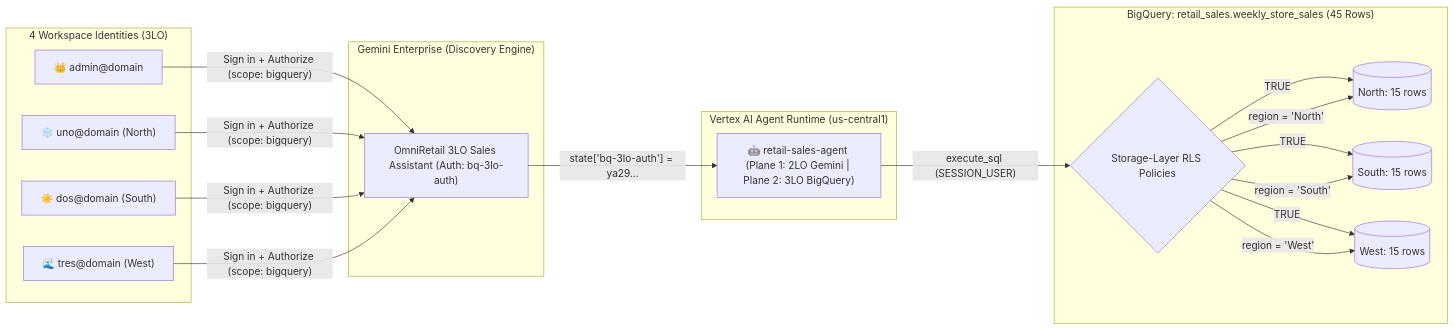
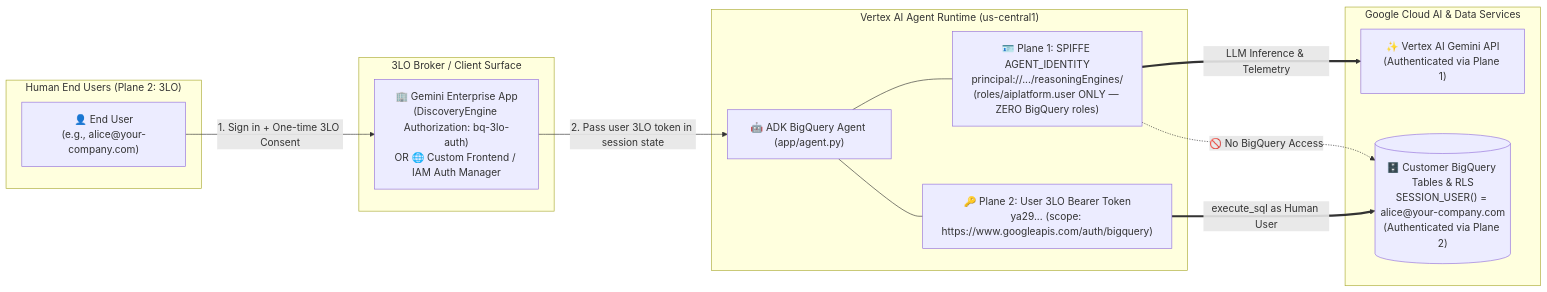
One commit to vphuloria-gcp-oce/bq_3LO changed the diagram in README.md. Above: the diagram before and after it, drawn with Mermaid. The commit also changed other lines of this file and 19 other files, not shown here.

Commit message:
feat: implement SPIFFE Agent Identity (AGENT_IDENTITY), dual-frontend 3LO, and split customer/CE docs

````diff
--- a/README.md
+++ b/README.md
@@ -22,32 +21,29 @@
 ```mermaid
 flowchart LR
-    subgraph Users["4 Workspace Identities (3LO)"]
-        Admin["👑 admin@domain"]
-        Uno["❄️ uno@domain (North)"]
-        Dos["☀️ dos@domain (South)"]
-        Tres["🌊 tres@domain (West)"]
+    subgraph Users["Human End Users (Plane 2: 3LO)"]
+        User["👤 End User\n(e.g., alice@your-company.com)"]
     end
 
-    subgraph GE["Gemini Enterprise (Discovery Engine)"]
-        UI["OmniRetail 3LO Sales Assistant (Auth: bq-3lo-auth)"]
+    subgraph Surfaces["3LO Broker / Client Surface"]
+        GE["🏢 Gemini Enterprise App\n(DiscoveryEngine Authorization: bq-3lo-auth)\nOR 🌐 Custom Frontend / IAM Auth Manager"]
     end
 
     subgraph Runtime["Vertex AI Agent Runtime (us-central1)"]
-        Agent["🤖 retail-sales-agent (Plane 1: 2LO Gemini | Plane 2: 3LO BigQuery)"]
+        Agent["🤖 ADK BigQuery Agent (app/agent.py)"]
+        P1["🪪 Plane 1: SPIFFE AGENT_IDENTITY\nprincipal://.../reasoningEngines/<ENGINE_ID>\n(roles/aiplatform.user ONLY — ZERO BigQuery roles)"]
+        P2["🔑 Plane 2: User 3LO Bearer Token\nya29... (scope: https://www.googleapis.com/auth/bigquery)"]
+        Agent --- P1
+        Agent --- P2
     end
 
-    subgraph BQ["BigQuery: retail_sales.weekly_store_sales (45 Rows)"]
-        RLS{"Storage-Layer RLS Policies"}
-        N[("North: 15 rows")]
-        S[("South: 15 rows")]
-        W[("West: 15 rows")]
+    subgraph GCP["Google Cloud AI & Data Services"]
+        Gemini["✨ Vertex AI Gemini API\n(Authenticated via Plane 1)"]
+        BQ[("🗄️ Customer BigQuery Tables & RLS\nSESSION_USER() = alice@your-company.com\n(Authenticated via Plane 2)")]
     end
 
-    Admin & Uno & Dos & Tres -->|"Sign in + Authorize (scope: bigquery)"| UI
-    UI -->|"state['bq-3lo-auth'] = ya29..."| Agent
-    Agent -->|"execute_sql (SESSION_USER)"| RLS
-    RLS -->|"TRUE"| N & S & W
-    RLS -->|"region = 'North'"| N
-    RLS -->|"region = 'South'"| S
-    RLS -->|"region = 'West'"| W
+    User -->|"1. Sign in + One-time 3LO Consent"| GE
+    GE -->|"2. Pass user 3LO token in session state"| Agent
+    P1 ==>|"LLM Inference & Telemetry"| Gemini
+    P1 -. "🚫 No BigQuery Access" .-> BQ
+    P2 ==>|"execute_sql as Human User"| BQ
 ```
````
